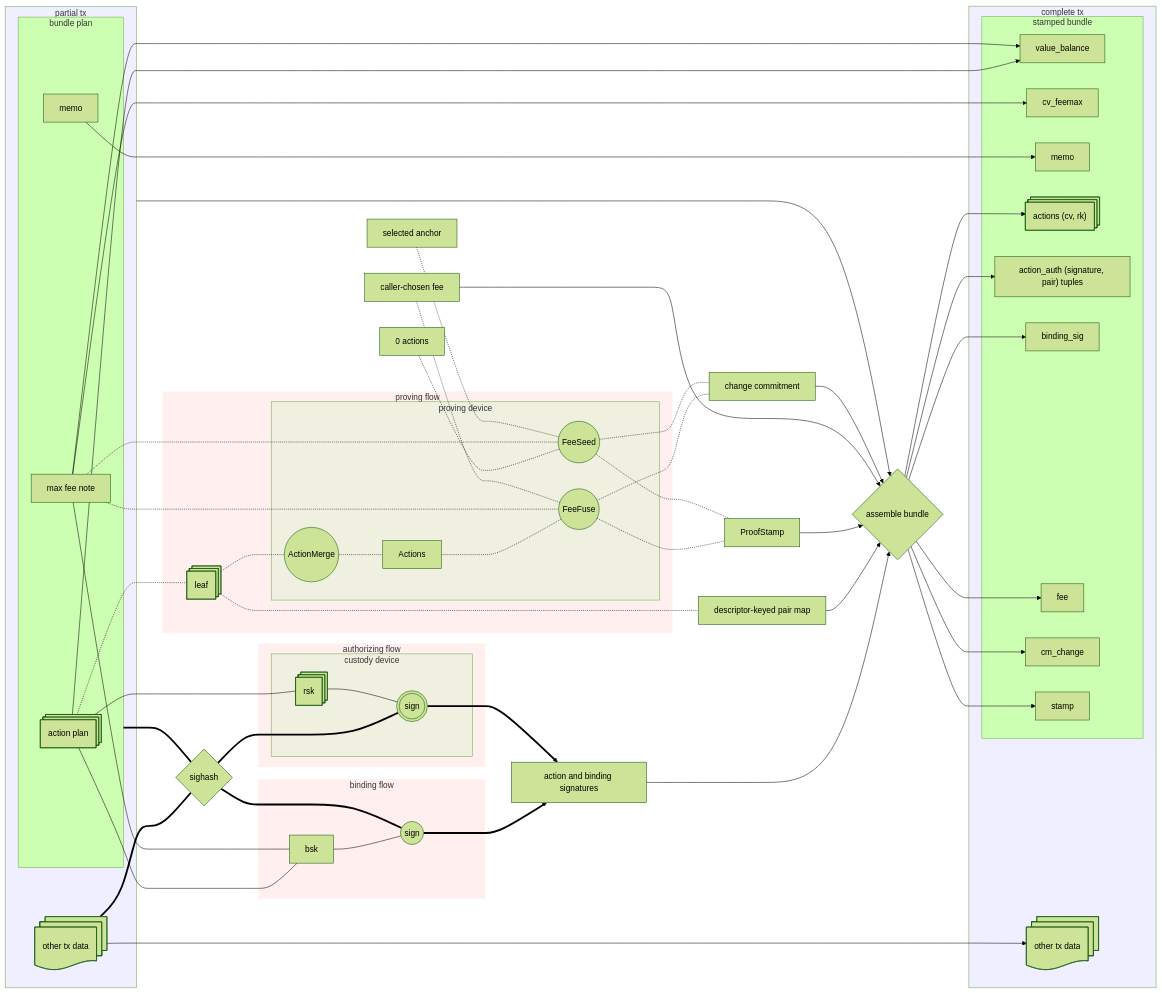
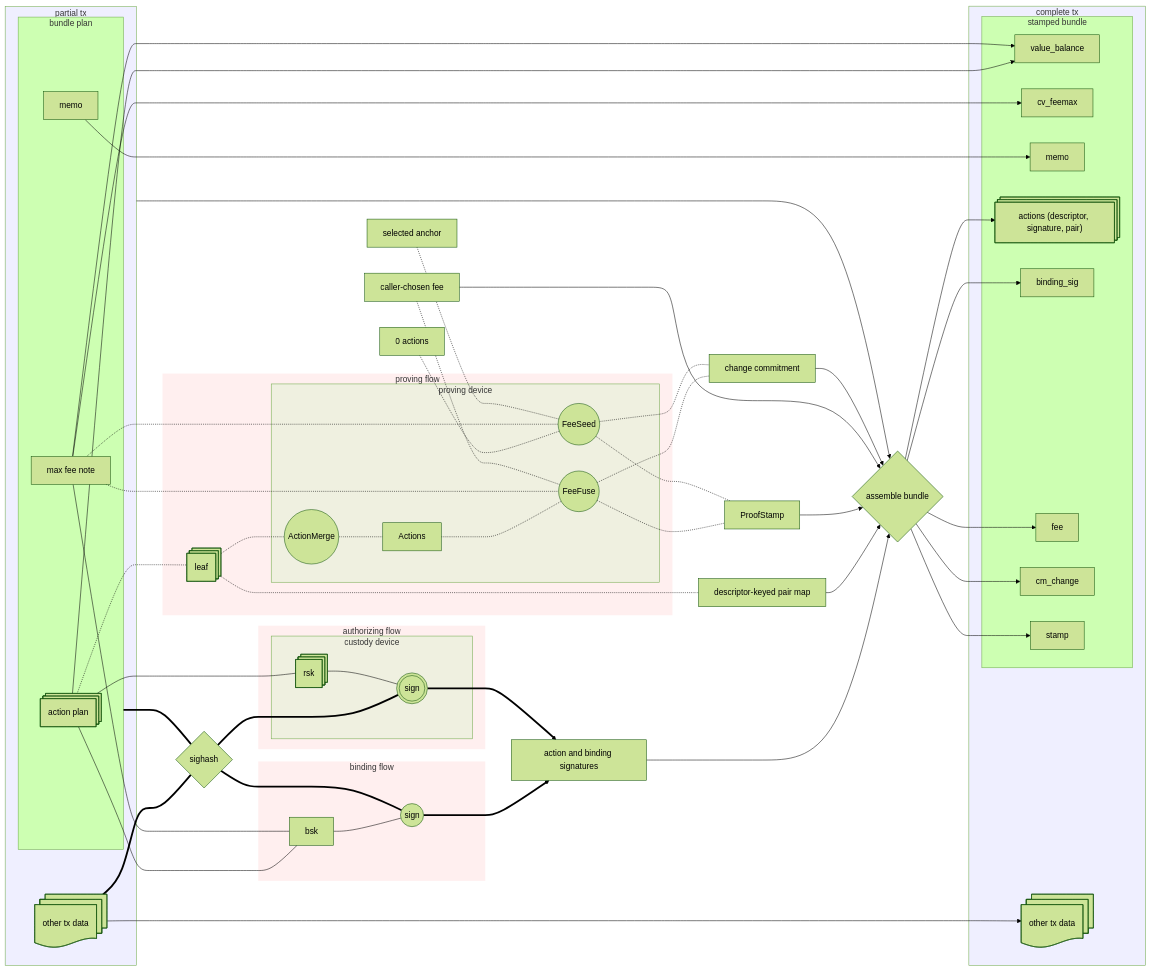
One commit to turbocrime/tachyon changed the second of 3 diagrams in book/src/authorization.md. Above: the diagram before and after it, drawn with Mermaid (forest theme). The commit also changed other lines of this file and 8 other files, not shown here.

```diff
--- a/book/src/authorization.md
+++ b/book/src/authorization.md
@@ -216,8 +216,7 @@
     subgraph tx[complete tx]
         subgraph bundle["stamped bundle"]
             value_balance
-            action@{ shape: st-rect, label: "actions (cv, rk)" }
-            action_auth["action_auth (signature, pair) tuples"]
+            action@{ shape: st-rect, label: "actions (descriptor, signature, pair)" }
             cv_feemax
             binding_sig
             memo_2[memo]
@@ -269,7 +268,7 @@
     pczt --> join
     pairs --> join
     proved_stamp & chosen_fee & proved_change --> join
-    join --> action & action_auth & binding_sig & stamp & fee & cm_change
+    join --> action & binding_sig & stamp & fee & cm_change
 
     other1 --> other2
     pczt ~~~ sighash
```
